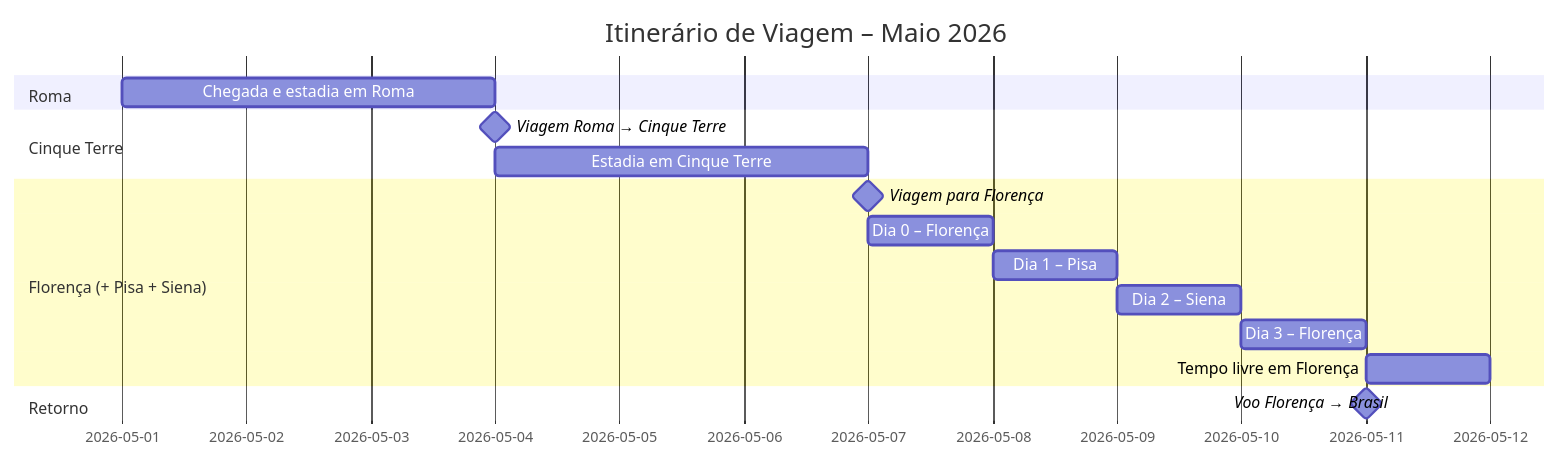
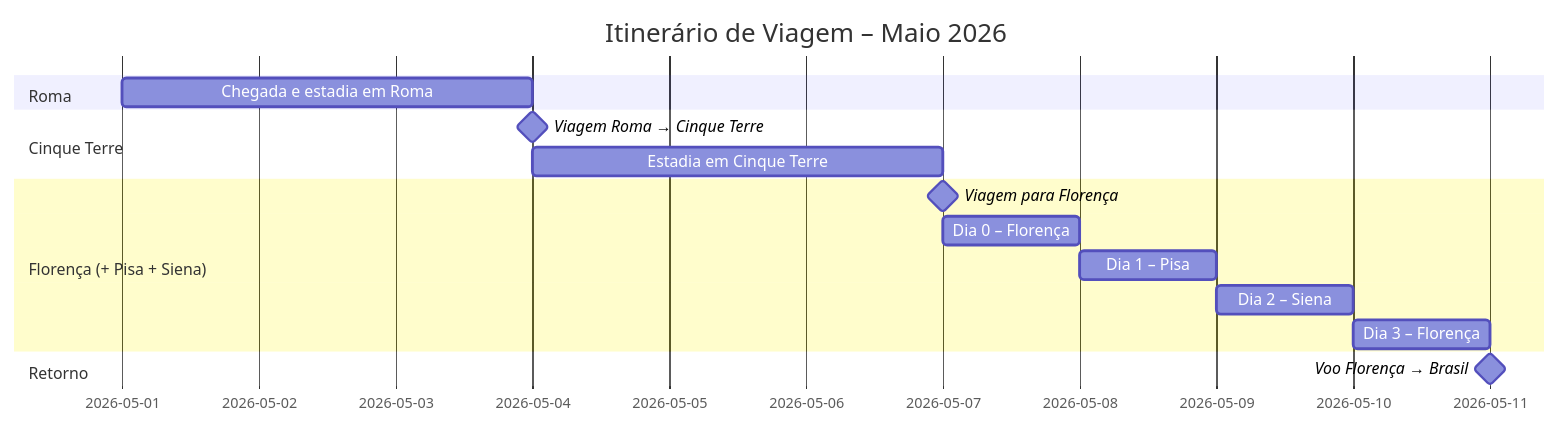
The first of 2 diagrams in README.md (paulovcastagnari/planejamento-viagem-2026), drawn with Mermaid before and after one commit.

````diff
--- a/README.md
+++ b/README.md
@@ -21,23 +21,22 @@
 ```mermaid
 gantt
     dateFormat  YYYY-MM-DD
     title Itinerário de Viagem – Maio 2026
 
     section Roma
     Chegada e estadia em Roma     :2026-05-01, 3d
 
     section Cinque Terre
     Viagem Roma → Cinque Terre   :milestone, ct_arrive, 2026-05-04, 0d
     Estadia em Cinque Terre      :2026-05-04, 2.5d
 
     section Florença (+ Pisa + Siena)
     Viagem para Florença         :milestone, fl_arrive, 2026-05-07, 0d
     Dia 0 – Florença             :2026-05-07, 1d
     Dia 1 – Pisa                 :2026-05-08, 1d
     Dia 2 – Siena                :2026-05-09, 1d
     Dia 3 – Florença             :2026-05-10, 1d
-    Tempo livre em Florença      :2026-05-11, 0.5d
 
     section Retorno
     Voo Florença → Brasil        :milestone, return_bra, 2026-05-11, 0d
 ```
````
